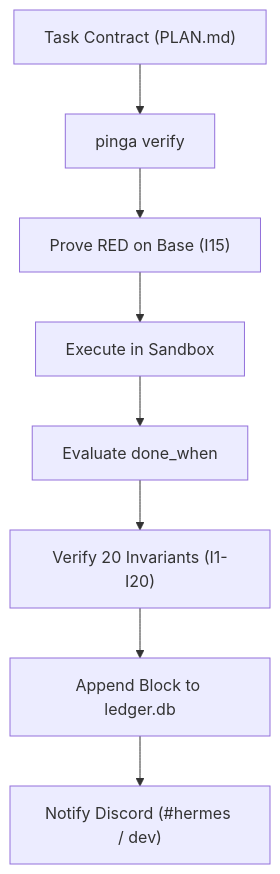
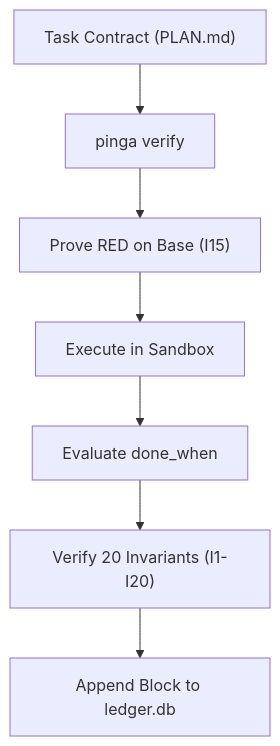
One commit to EduardoShibukawa/p-inga changed the diagram in docs/intro.md. Above: the diagram before and after it, drawn with Mermaid. The commit also changed other lines of this file and 26 other files, not shown here.

````diff
--- a/docs/intro.md
+++ b/docs/intro.md
@@ -30,10 +30,9 @@
 ```mermaid
 graph TD
   PLAN["Task Contract (PLAN.md)"] --> VERIFY["pinga verify"]
   VERIFY --> BASE["Prove RED on Base (I15)"]
   BASE --> EXEC["Execute in Sandbox"]
   EXEC --> DW["Evaluate done_when"]
   DW --> GATES["Verify 20 Invariants (I1-I20)"]
   GATES --> LEDGER["Append Block to ledger.db"]
-  LEDGER --> DISCORD["Notify Discord (#hermes / dev)"]
 ```
````
